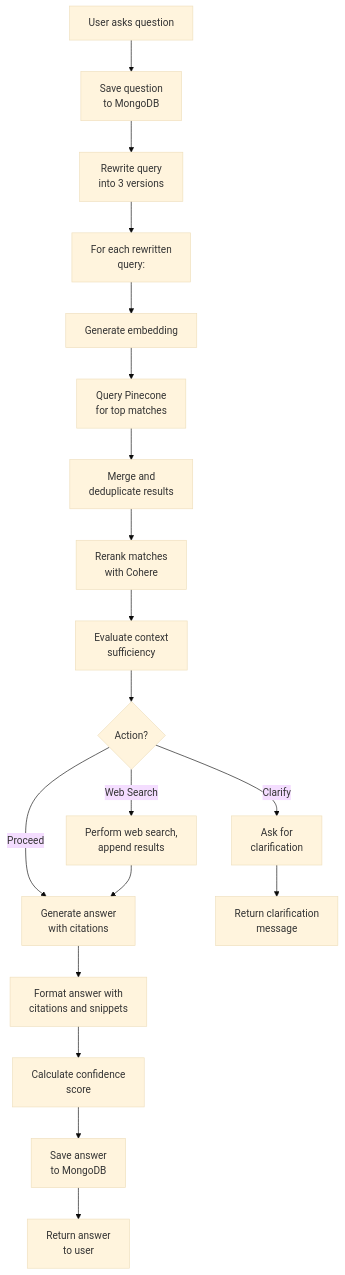
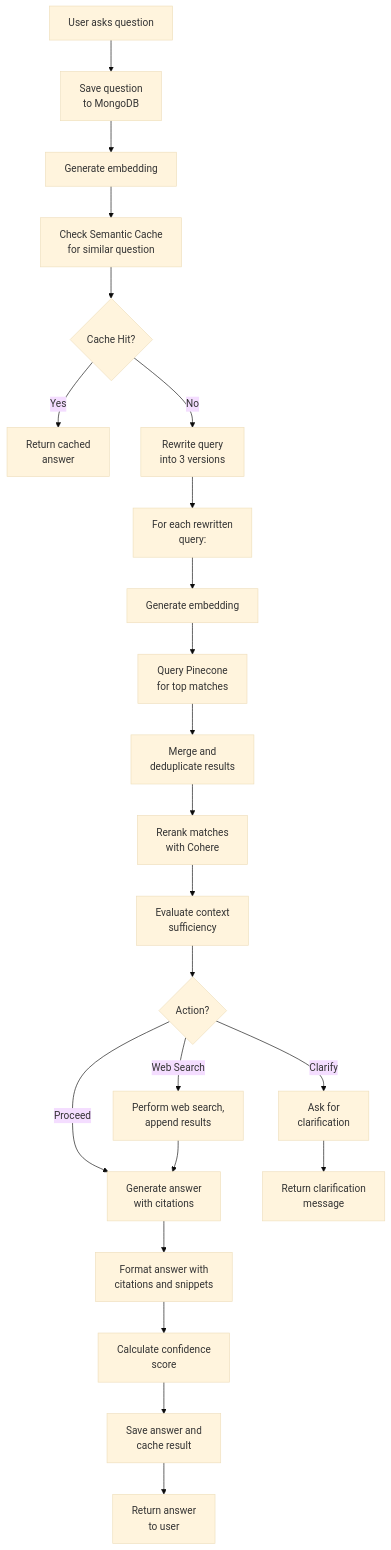
Before and after one commit to Ayush-k-Shukla/knowledge-base: the third of 3 diagrams in README.md, drawn with Mermaid (base theme). The commit also changed other lines of this file and 6 other files, not shown here.

Commit message:
feat: semantic caching for response and embedding

````diff
--- a/README.md
+++ b/README.md
@@ -81,21 +85,25 @@
 ```mermaid
 flowchart TD
     A[User asks question] --> B[Save question<br>to MongoDB]
-    B --> C[Rewrite query<br>into 3 versions]
-    C --> D[For each rewritten<br>query:]
-    D --> E[Generate embedding]
-    E --> F[Query Pinecone<br>for top matches]
-    F --> G[Merge and<br>deduplicate results]
-    G --> H[Rerank matches<br>with Cohere]
-    H --> I[Evaluate context<br>sufficiency]
-    I --> J{Action?}
-    J -->|Clarify| K[Ask for<br>clarification]
-    J -->|Web Search| L[Perform web search,<br>append results]
-    J -->|Proceed| M[Generate answer<br>with citations]
-    K --> N[Return clarification<br>message]
-    L --> M
-    M --> O[Format answer with<br>citations and snippets]
-    O --> P[Calculate confidence<br>score]
-    P --> Q[Save answer<br>to MongoDB]
-    Q --> R[Return answer<br>to user]
+    B --> C[Generate embedding]
+    C --> D[Check Semantic Cache<br>for similar question]
+    D --> E{Cache Hit?}
+    E -->|Yes| F[Return cached<br>answer]
+    E -->|No| G[Rewrite query<br>into 3 versions]
+    G --> H[For each rewritten<br>query:]
+    H --> I[Generate embedding]
+    I --> J[Query Pinecone<br>for top matches]
+    J --> K[Merge and<br>deduplicate results]
+    K --> L[Rerank matches<br>with Cohere]
+    L --> M[Evaluate context<br>sufficiency]
+    M --> N{Action?}
+    N -->|Clarify| O[Ask for<br>clarification]
+    N -->|Web Search| P[Perform web search,<br>append results]
+    N -->|Proceed| Q[Generate answer<br>with citations]
+    O --> R[Return clarification<br>message]
+    P --> Q
+    Q --> S[Format answer with<br>citations and snippets]
+    S --> T[Calculate confidence<br>score]
+    T --> U[Save answer and<br>cache result]
+    U --> V[Return answer<br>to user]
 ```
````
